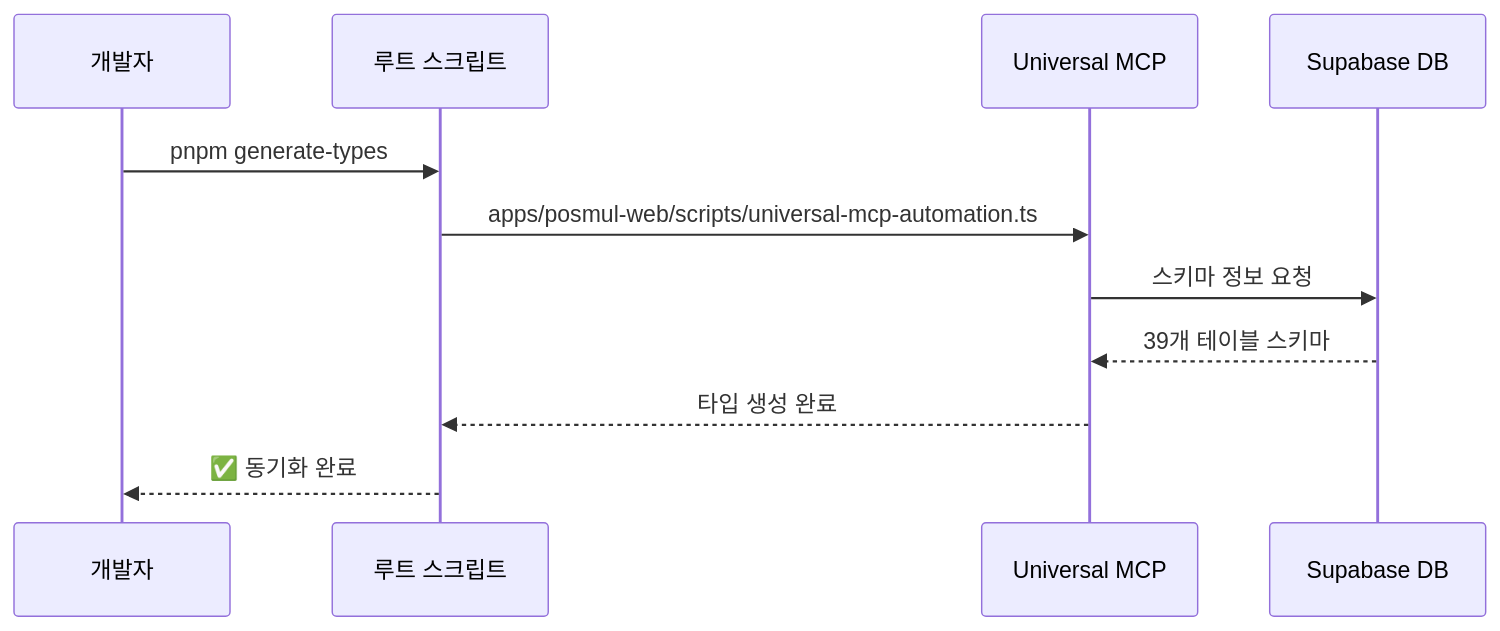
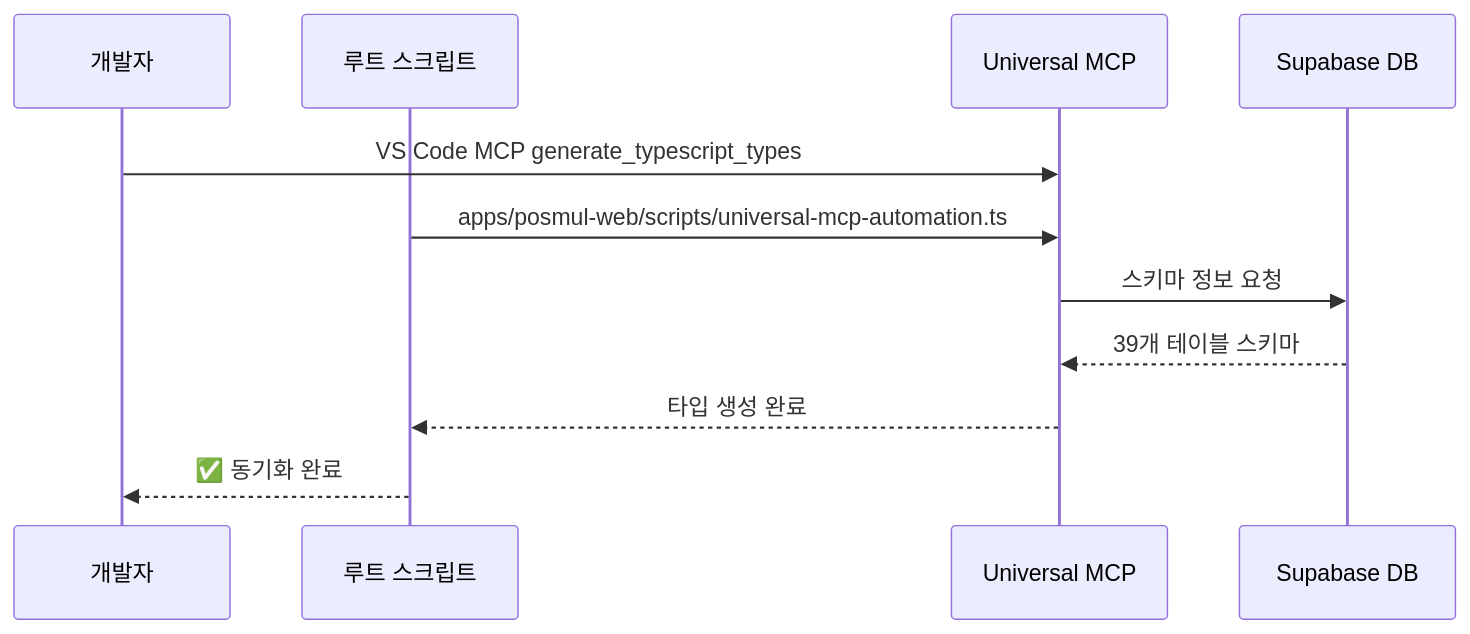
Before and after one commit to positivemultiplier/posmul: the second of 4 diagrams in scripts/README.md, drawn with Mermaid. The commit also changed other lines of this file and 27 other files, not shown here.

````diff
--- a/scripts/README.md
+++ b/scripts/README.md
@@ -53,14 +53,14 @@
 ```mermaid
 sequenceDiagram
     participant Dev as 개발자
     participant Root as 루트 스크립트
     participant MCP as Universal MCP
     participant DB as Supabase DB
 
-    Dev->>Root: pnpm generate-types
+    Dev->>MCP: VS Code MCP generate_typescript_types
     Root->>MCP: apps/posmul-web/scripts/universal-mcp-automation.ts
     MCP->>DB: 스키마 정보 요청
     DB-->>MCP: 39개 테이블 스키마
     MCP-->>Root: 타입 생성 완료
     Root-->>Dev: ✅ 동기화 완료
 ```
````
